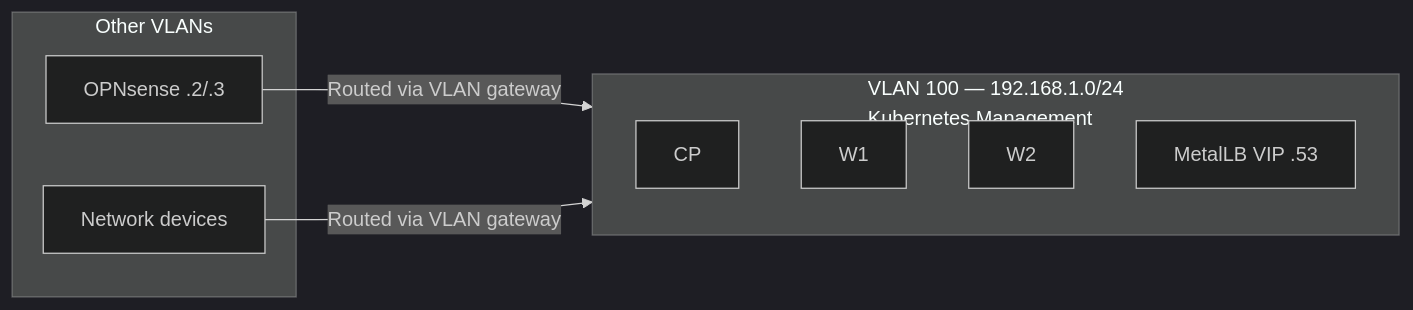
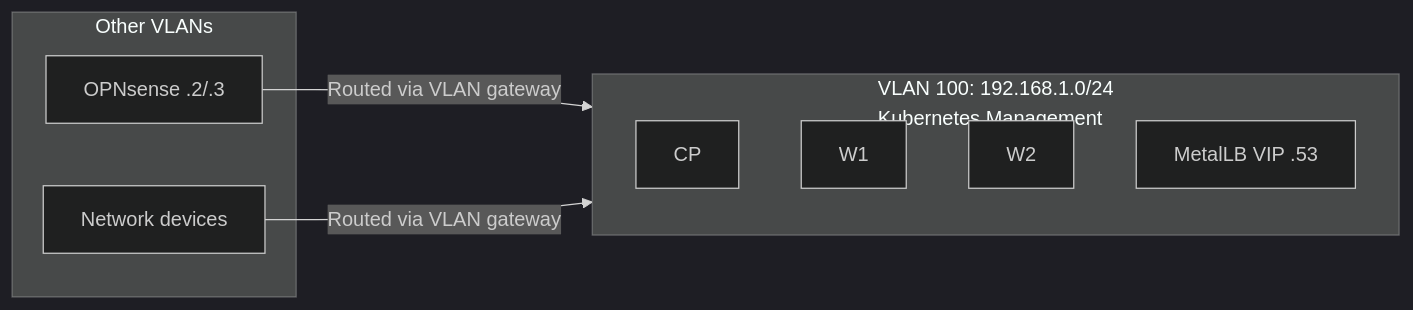
The second of 5 diagrams in README.md (alexdearaujo/kagent-k8s-deployment), drawn with Mermaid (dark theme) before and after one commit. The commit also changed other lines of this file and 1 other file, not shown here.

````diff
--- a/README.md
+++ b/README.md
@@ -96,17 +97,17 @@
 ```mermaid
 graph LR
-    subgraph VLAN100["VLAN 100 — 192.168.1.0/24\nKubernetes Management"]
+    subgraph VLAN100["VLAN 100: 192.168.1.0/24\nKubernetes Management"]
         CP
         W1
         W2
         VIP["MetalLB VIP .53"]
     end
 
     subgraph VLAN["Other VLANs"]
         FW["OPNsense .2/.3"]
         Devices["Network devices"]
     end
 
     FW -->|"Routed via VLAN gateway"| VLAN100
     Devices -->|"Routed via VLAN gateway"| VLAN100
 ```
````
